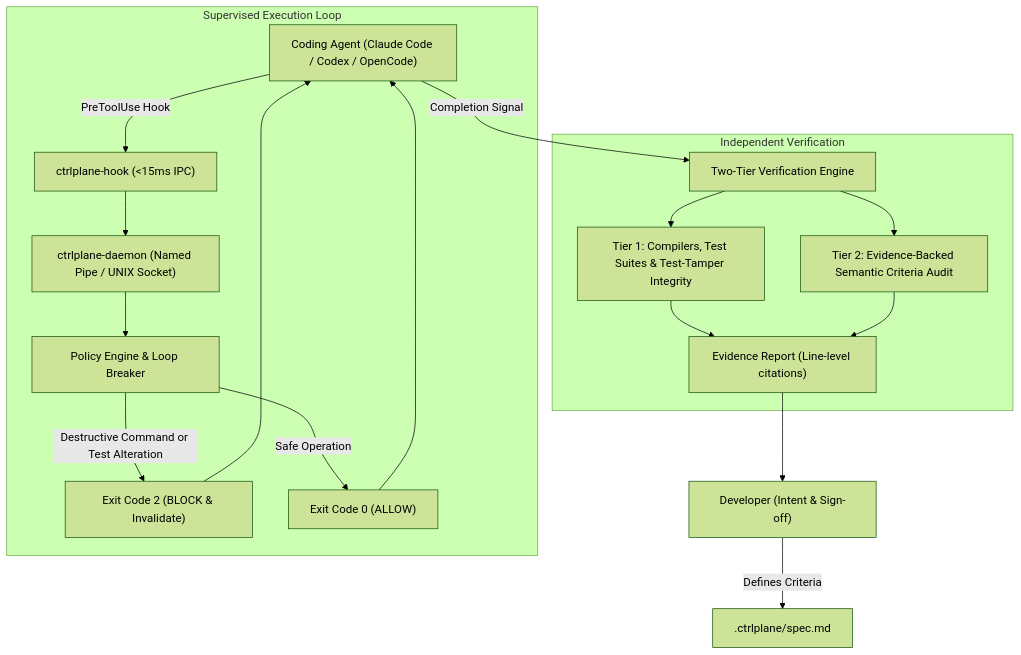
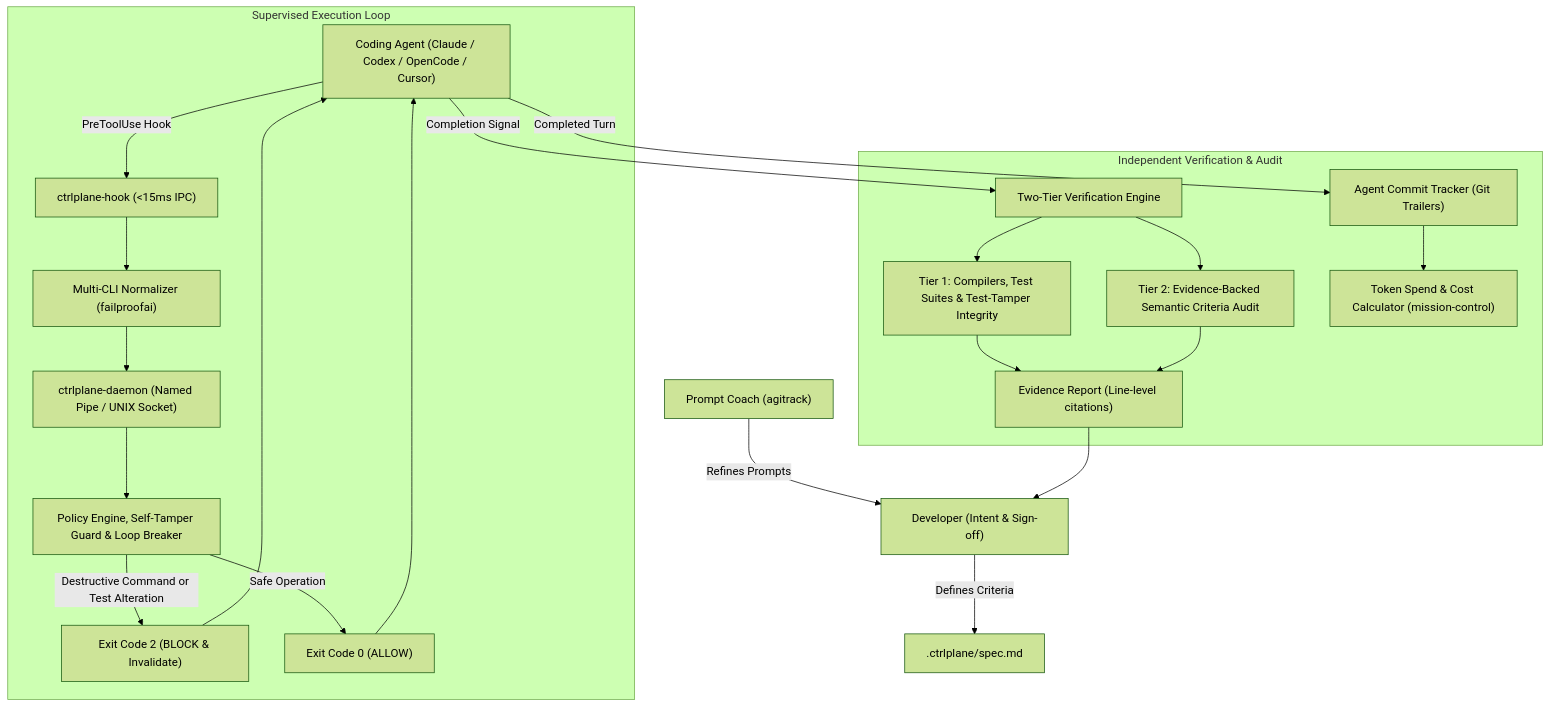
The diagram in README.md (ankit-tiwari-dev/agentdock-cli), drawn with Mermaid (forest theme) before and after one commit. The commit also changed other lines of this file and 21 other files, not shown here.

Commit message:
feat: incorporate token pricing, git commit trailers, backtracer, prompt coach, and tool canonicalizer

````diff
--- a/README.md
+++ b/README.md
@@ -17,25 +17,29 @@
 ```mermaid
 flowchart TD
     Dev["Developer (Intent & Sign-off)"] -->|Defines Criteria| Spec[".ctrlplane/spec.md"]
+    Coach["Prompt Coach (agitrack)"] -->|Refines Prompts| Dev
     
     subgraph Execution ["Supervised Execution Loop"]
-        Agent["Coding Agent (Claude Code / Codex / OpenCode)"] -->|PreToolUse Hook| Shim["ctrlplane-hook (<15ms IPC)"]
-        Shim --> Daemon["ctrlplane-daemon (Named Pipe / UNIX Socket)"]
-        Daemon --> Policy["Policy Engine & Loop Breaker"]
+        Agent["Coding Agent (Claude / Codex / OpenCode / Cursor)"] -->|PreToolUse Hook| Shim["ctrlplane-hook (<15ms IPC)"]
+        Shim --> Normalizer["Multi-CLI Normalizer (failproofai)"]
+        Normalizer --> Daemon["ctrlplane-daemon (Named Pipe / UNIX Socket)"]
+        Daemon --> Policy["Policy Engine, Self-Tamper Guard & Loop Breaker"]
         
         Policy -->|Destructive Command or Test Alteration| Block["Exit Code 2 (BLOCK & Invalidate)"]
         Block --> Agent
         Policy -->|Safe Operation| Allow["Exit Code 0 (ALLOW)"]
         Allow --> Agent
     end
     
+    Agent -->|Completed Turn| GitTracker["Agent Commit Tracker (Git Trailers)"]
     Agent -->|Completion Signal| Verifier["Two-Tier Verification Engine"]
     
-    subgraph Verification ["Independent Verification"]
+    subgraph Verification ["Independent Verification & Audit"]
         Verifier --> T1["Tier 1: Compilers, Test Suites & Test-Tamper Integrity"]
         Verifier --> T2["Tier 2: Evidence-Backed Semantic Criteria Audit"]
         T1 & T2 --> Report["Evidence Report (Line-level citations)"]
+        GitTracker --> Spend["Token Spend & Cost Calculator (mission-control)"]
     end
     
     Report --> Dev
 ```
````
